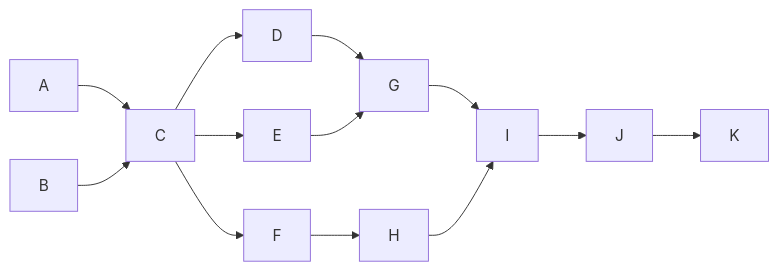
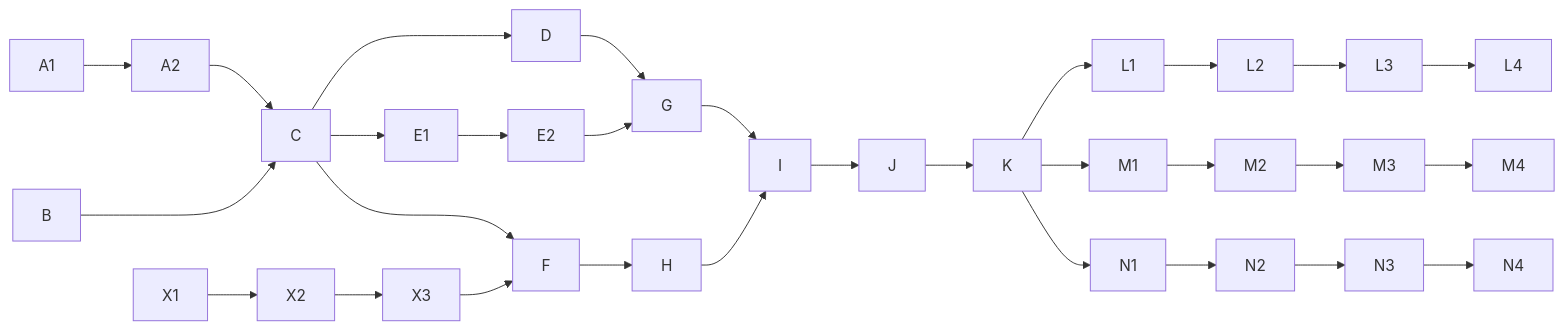
Before and after one commit to wojiaojsjzs/data-hamal: the diagram in README.md, drawn with Mermaid. The commit also changed other lines of this file and 3 other files, not shown here.

````diff
--- a/README.md
+++ b/README.md
@@ -109,15 +110,36 @@
 ```mermaid
 flowchart LR
-    A --> C
-    B --> C
-    C --> D
-    C --> E
-    C --> F
-    D --> G
-    E --> G
-    F --> H
-    G --> I
-    H --> I
-    I --> J
-    J --> K
+    A1 --> A2
+    A2 --> C
+    B ---> C
+    C  --> D
+    D  --> G
+    C  --> F
+    C  --> E1
+    E1 --> E2
+    E2 --> G
+    F  --> H
+    G  --> I
+    H  --> I
+    I  --> J
+    J  --> K
+    
+    
+    
+    X1 --> X2
+    X2 --> X3
+    X3 --> F
+    
+    K  --> L1
+    K  --> M1
+    K  --> N1
+    L1  --> L2
+    L2  --> L3
+    L3  --> L4
+    M1  --> M2
+    M2  --> M3
+    M3  --> M4
+    N1  --> N2
+    N2  --> N3
+    N3  --> N4
 ```
````
